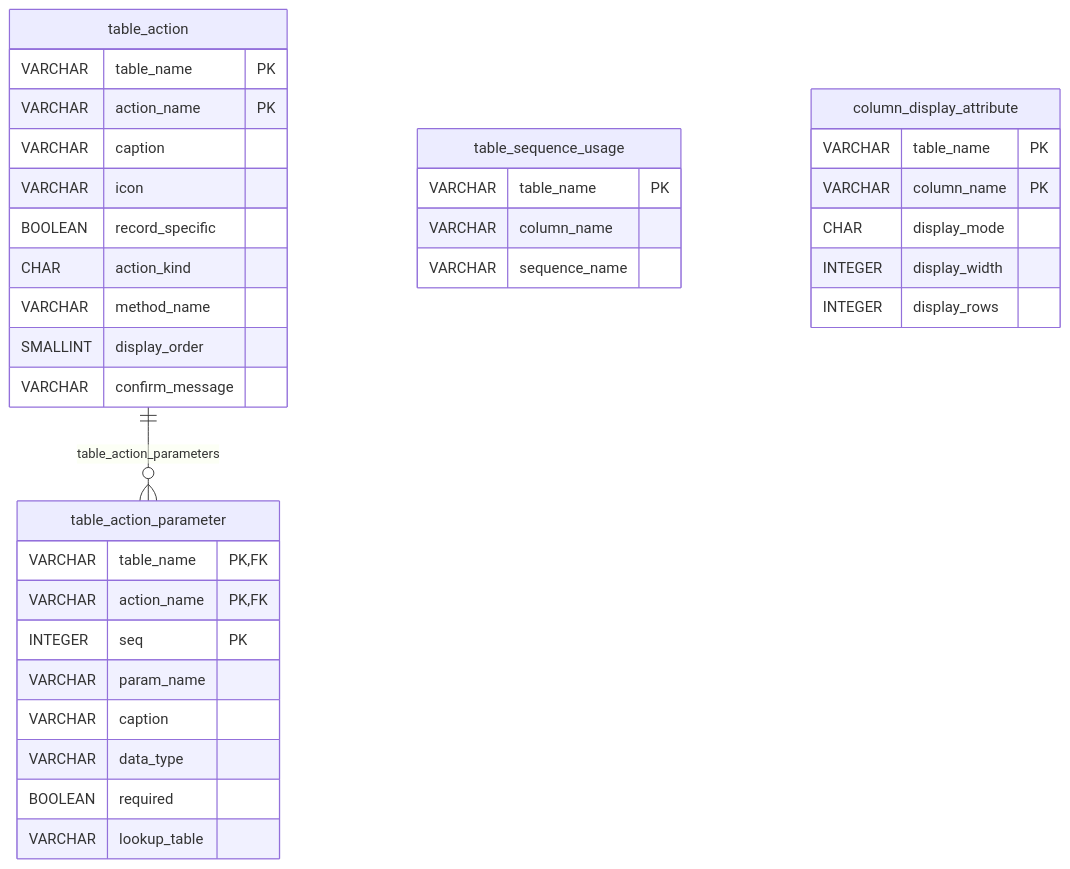
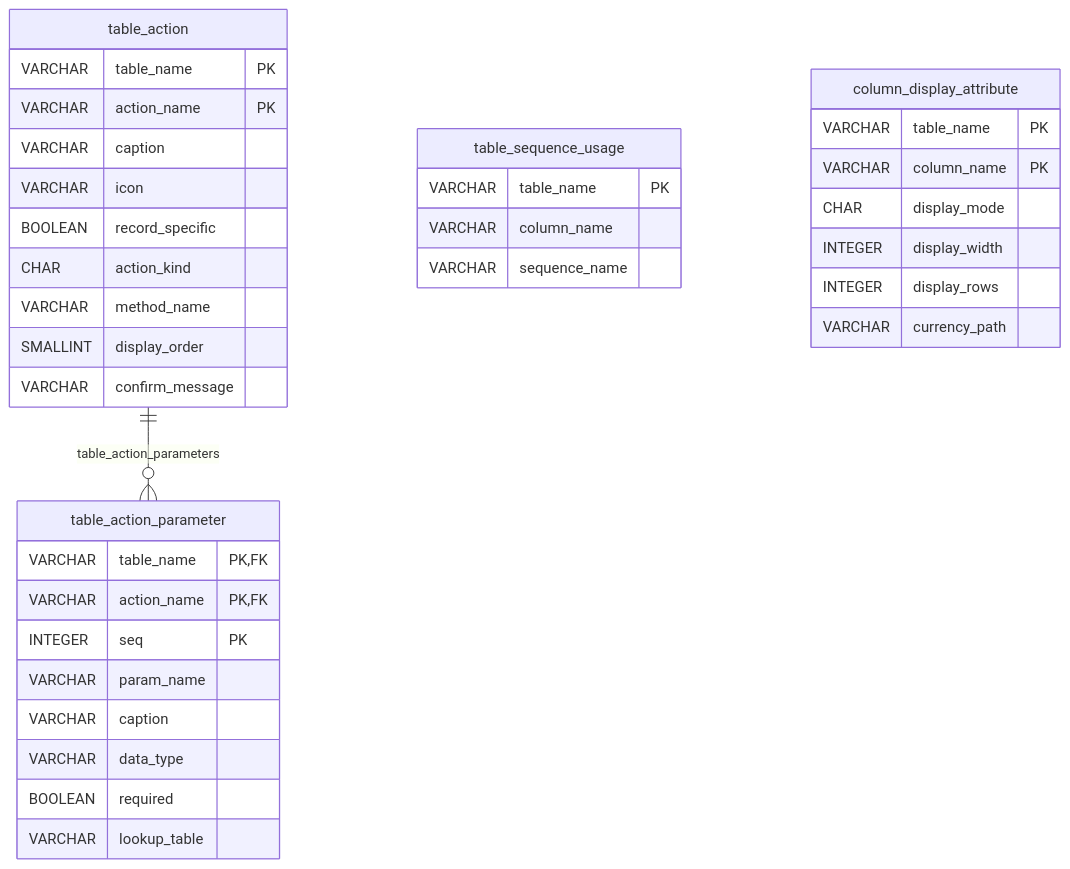
The third of 24 diagrams in doc/database.md (nauticana/keel), drawn with Mermaid before and after one commit. The commit also changed 19 other files, not shown here.

````diff
--- a/doc/database.md
+++ b/doc/database.md
@@ -320,38 +320,39 @@
 ```mermaid
 erDiagram
     table_action ||--o{ table_action_parameter : "table_action_parameters"
 
     table_action {
         VARCHAR table_name PK
         VARCHAR action_name PK
         VARCHAR caption
         VARCHAR icon
         BOOLEAN record_specific
         CHAR action_kind
         VARCHAR method_name
         SMALLINT display_order
         VARCHAR confirm_message
     }
     table_action_parameter {
         VARCHAR table_name PK,FK
         VARCHAR action_name PK,FK
         INTEGER seq PK
         VARCHAR param_name
         VARCHAR caption
         VARCHAR data_type
         BOOLEAN required
         VARCHAR lookup_table
     }
     table_sequence_usage {
         VARCHAR table_name PK
         VARCHAR column_name
         VARCHAR sequence_name
     }
     column_display_attribute {
         VARCHAR table_name PK
         VARCHAR column_name PK
         CHAR display_mode
         INTEGER display_width
         INTEGER display_rows
+        VARCHAR currency_path
     }
 ```
````
